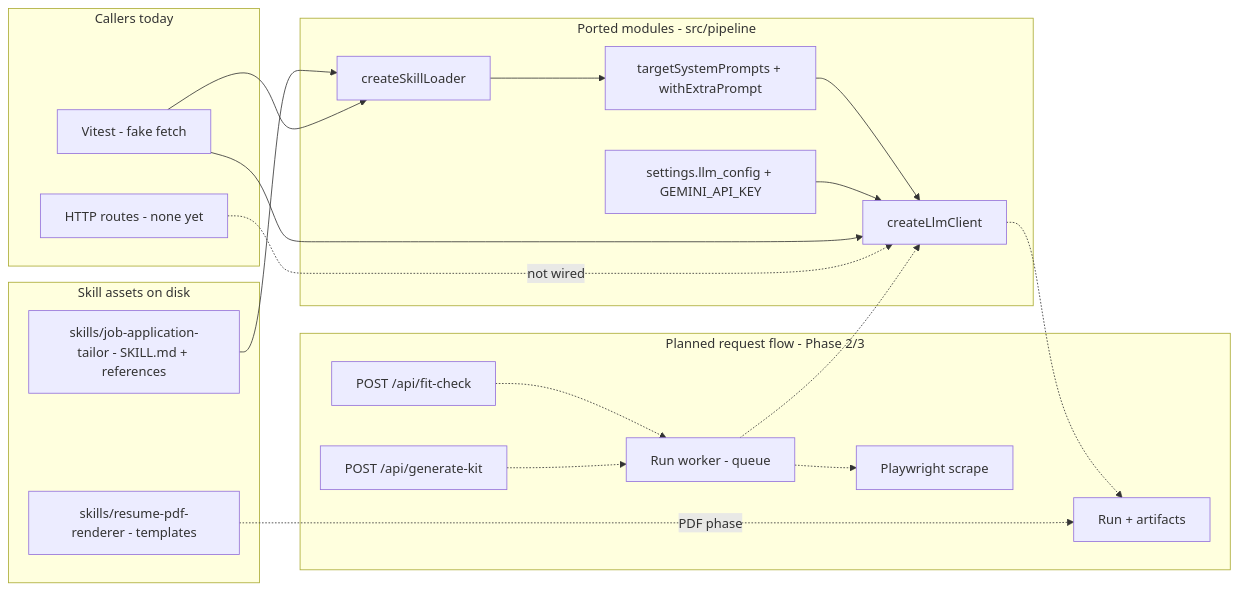
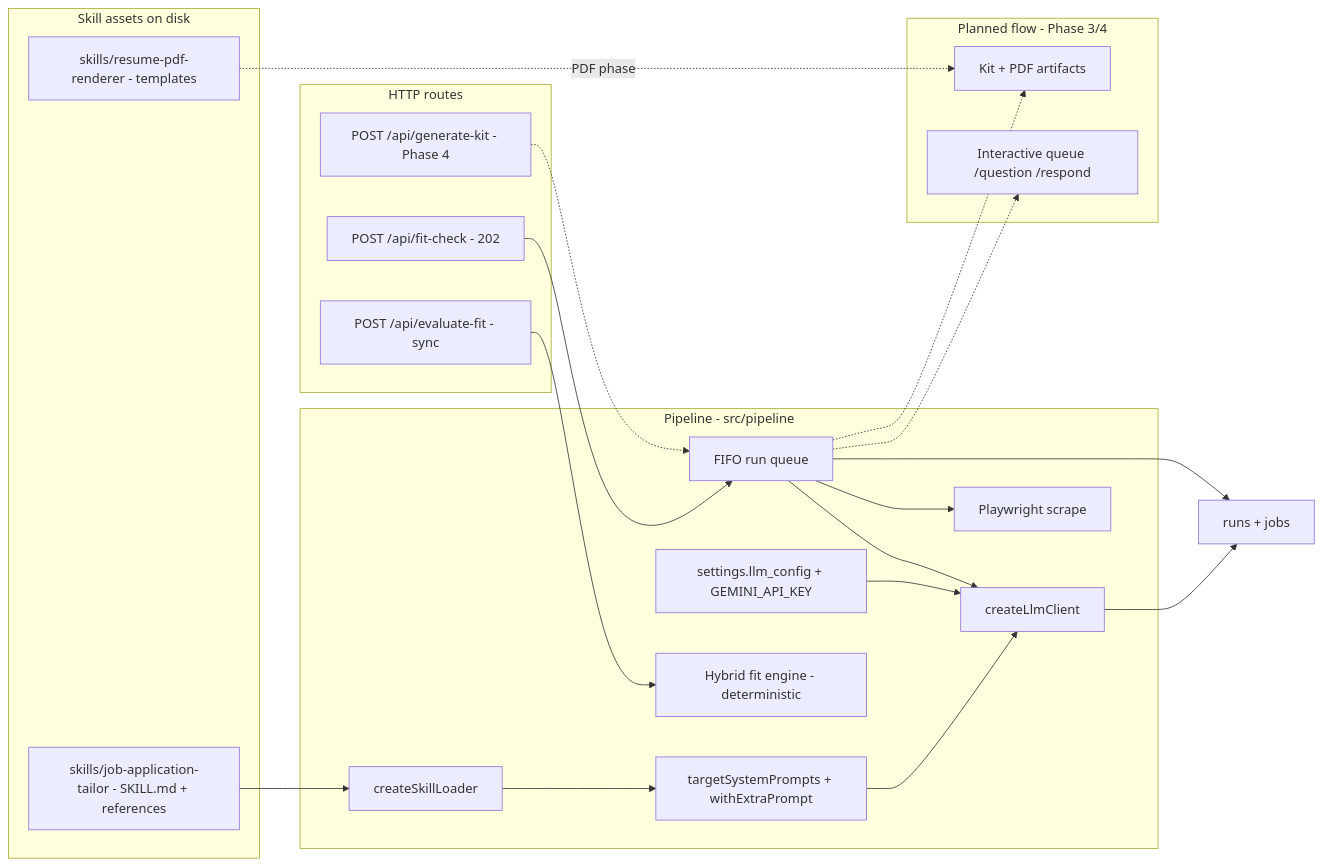
The fifth of 7 diagrams in docs/architecture.md (HDias/job-search), drawn with Mermaid before and after one commit. The commit also changed other lines of this file and 53 other files, not shown here.

First line of the commit message:
feat(pipeline): port phase 2 scrape and fit check (#5)

````diff
--- a/docs/architecture.md
+++ b/docs/architecture.md
@@ -167,41 +166,43 @@
 ```mermaid
 flowchart LR
   subgraph ASSETS["Skill assets on disk"]
     SKILL["skills/job-application-tailor - SKILL.md + references"]
     TEMPLATES["skills/resume-pdf-renderer - templates"]
   end
 
-  subgraph PORT["Ported modules - src/pipeline"]
+  subgraph PORT["Pipeline - src/pipeline"]
     LOADER["createSkillLoader"]
     PROMPTS["targetSystemPrompts + withExtraPrompt"]
     CLIENT["createLlmClient"]
     CONFIG["settings.llm_config + GEMINI_API_KEY"]
+    FITENGINE["Hybrid fit engine - deterministic"]
+    SCRAPE["Playwright scrape"]
+    QUEUE["FIFO run queue"]
   end
 
-  subgraph CALLERS["Callers today"]
-    TESTS["Vitest - fake fetch"]
-    ROUTES["HTTP routes - none yet"]
+  subgraph ROUTES["HTTP routes"]
+    FIT["POST /api/fit-check - 202"]
+    EVAL["POST /api/evaluate-fit - sync"]
+    KIT["POST /api/generate-kit - Phase 4"]
   end
 
-  subgraph PLANNED["Planned request flow - Phase 2/3"]
-    FIT["POST /api/fit-check"]
-    KIT["POST /api/generate-kit"]
-    WORKER["Run worker - queue"]
-    SCRAPE["Playwright scrape"]
-    STORE["Run + artifacts"]
+  subgraph PLANNED["Planned flow - Phase 3/4"]
+    ARTIFACTS["Kit + PDF artifacts"]
+    INTERACTIVE["Interactive queue /question /respond"]
   end
 
   SKILL --> LOADER
   LOADER --> PROMPTS
   PROMPTS --> CLIENT
   CONFIG --> CLIENT
-  TESTS --> LOADER
-  TESTS --> CLIENT
-  ROUTES -.->|"not wired"| CLIENT
-  FIT -.-> WORKER
-  KIT -.-> WORKER
-  WORKER -.-> SCRAPE
-  WORKER -.-> CLIENT
-  CLIENT -.-> STORE
-  TEMPLATES -.->|"PDF phase"| STORE
+  FIT --> QUEUE
+  QUEUE --> SCRAPE
+  QUEUE --> CLIENT
+  EVAL --> FITENGINE
+  CLIENT --> STORE["runs + jobs"]
+  QUEUE --> STORE
+  KIT -.-> QUEUE
+  QUEUE -.-> ARTIFACTS
+  QUEUE -.-> INTERACTIVE
+  TEMPLATES -.->|"PDF phase"| ARTIFACTS
 ```
````
